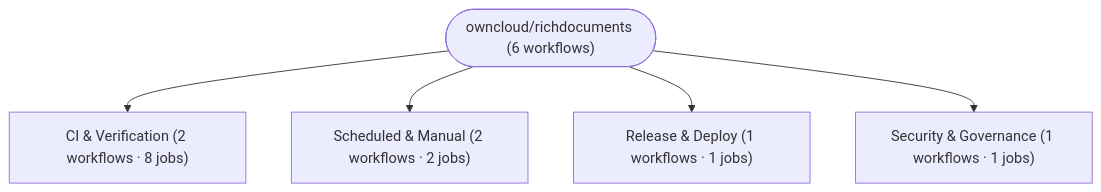
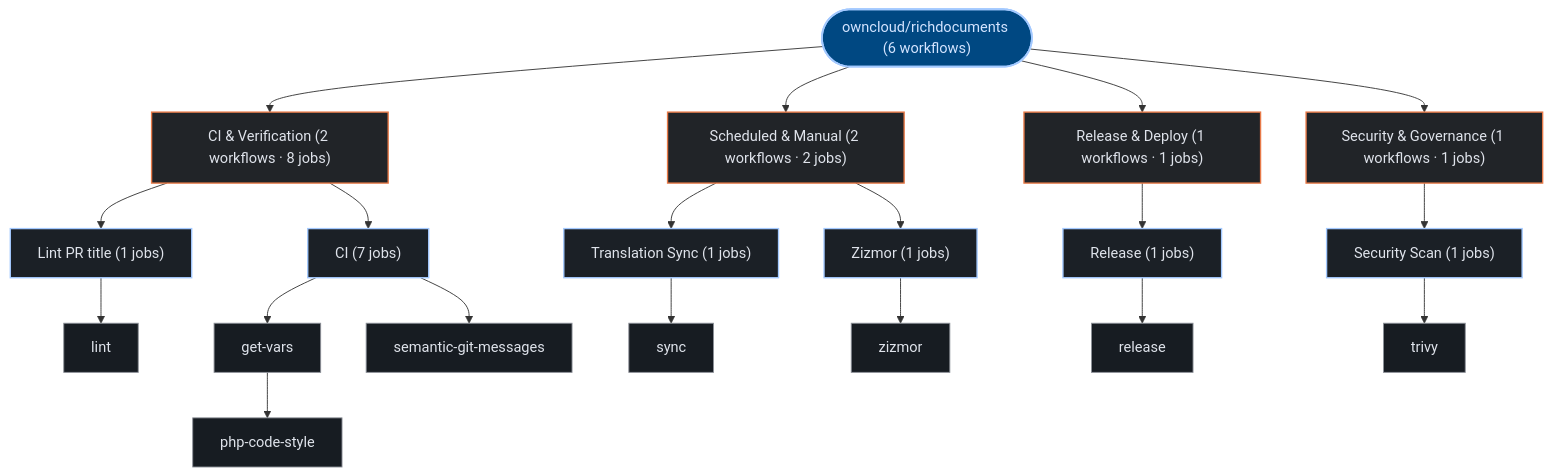
Before and after one commit to kumarshaz/atruss-code-atlas: the second of 2 diagrams in exports/latest/reports/owncloud-richdocuments-report.md, drawn with Mermaid. The commit also changed other lines of this file and 331 other files, not shown here.

Commit message:
docs,ui,fix: update SDLC docs, reorder CI/CD DAG first, stylize Mermaid, and fix Arc42 pipeline topology

````diff
--- a/exports/latest/reports/owncloud-richdocuments-report.md
+++ b/exports/latest/reports/owncloud-richdocuments-report.md
@@ -175,12 +182,47 @@
 ```mermaid
 graph TD;
-  pipeline_root(["owncloud/richdocuments (6 workflows)"])
-  grp_0_CI___Verification["CI & Verification (2 workflows · 8 jobs)"]
+  classDef atlasRoot fill:#004882,stroke:#a3c9ff,stroke-width:2px,color:#d3e4ff
+  classDef atlasCategory fill:#212428,stroke:#E87A48,stroke-width:1.5px,color:#dfe3eb
+  classDef atlasWorkflow fill:#1b2026,stroke:#a3c9ff,stroke-width:1.5px,color:#dfe3eb
+  classDef atlasJob fill:#171c22,stroke:#8d9199,stroke-width:1px,color:#dfe3eb
+  classDef atlasTarget fill:#005227,stroke:#8bd99b,stroke-width:1.5px,color:#a7f6b6
+  classDef atlasAlert fill:#93000a,stroke:#ffb4ab,stroke-width:1.5px,color:#ffdad6
+  classDef atlasMore fill:#252a31,stroke:#8d9199,stroke-dasharray:4 4,color:#c3c6cf
+  pipeline_root(["owncloud/richdocuments (6 workflows)"]):::atlasRoot
+  grp_0_CI___Verification["CI & Verification (2 workflows · 8 jobs)"]:::atlasCategory
   pipeline_root --> grp_0_CI___Verification
-  grp_1_Scheduled___Manual["Scheduled & Manual (2 workflows · 2 jobs)"]
+  wf_0_Lint_PR_title["Lint PR title (1 jobs)"]:::atlasWorkflow
+  grp_0_CI___Verification --> wf_0_Lint_PR_title
+  job_0_lint["lint"]:::atlasJob
+  wf_0_Lint_PR_title --> job_0_lint
+  wf_1_CI["CI (7 jobs)"]:::atlasWorkflow
+  grp_0_CI___Verification --> wf_1_CI
+  job_1_get_vars["get-vars"]:::atlasJob
+  job_1_semantic_git_messages["semantic-git-messages"]:::atlasJob
+  job_1_php_code_style["php-code-style"]:::atlasJob
+  wf_1_CI --> job_1_get_vars
+  wf_1_CI --> job_1_semantic_git_messages
+  job_1_get_vars --> job_1_php_code_style
+  grp_1_Scheduled___Manual["Scheduled & Manual (2 workflows · 2 jobs)"]:::atlasCategory
   pipeline_root --> grp_1_Scheduled___Manual
-  grp_2_Release___Deploy["Release & Deploy (1 workflows · 1 jobs)"]
+  wf_4_Translation_Sync["Translation Sync (1 jobs)"]:::atlasWorkflow
+  grp_1_Scheduled___Manual --> wf_4_Translation_Sync
+  job_4_sync["sync"]:::atlasJob
+  wf_4_Translation_Sync --> job_4_sync
+  wf_5_Zizmor["Zizmor (1 jobs)"]:::atlasWorkflow
+  grp_1_Scheduled___Manual --> wf_5_Zizmor
+  job_5_zizmor["zizmor"]:::atlasJob
+  wf_5_Zizmor --> job_5_zizmor
+  grp_2_Release___Deploy["Release & Deploy (1 workflows · 1 jobs)"]:::atlasCategory
   pipeline_root --> grp_2_Release___Deploy
-  grp_3_Security___Governance["Security & Governance (1 workflows · 1 jobs)"]
+  wf_2_Release["Release (1 jobs)"]:::atlasWorkflow
+  grp_2_Release___Deploy --> wf_2_Release
+  job_2_release["release"]:::atlasJob
+  wf_2_Release --> job_2_release
+  grp_3_Security___Governance["Security & Governance (1 workflows · 1 jobs)"]:::atlasCategory
   pipeline_root --> grp_3_Security___Governance
+  wf_3_Security_Scan["Security Scan (1 jobs)"]:::atlasWorkflow
+  grp_3_Security___Governance --> wf_3_Security_Scan
+  job_3_trivy["trivy"]:::atlasJob
+  wf_3_Security_Scan --> job_3_trivy
 ```
````
